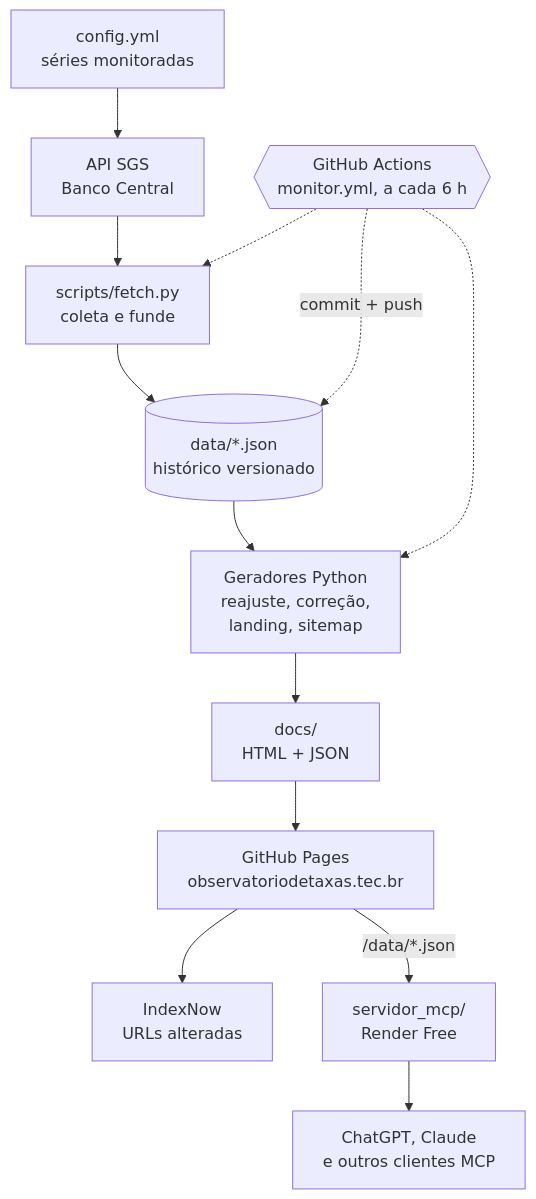
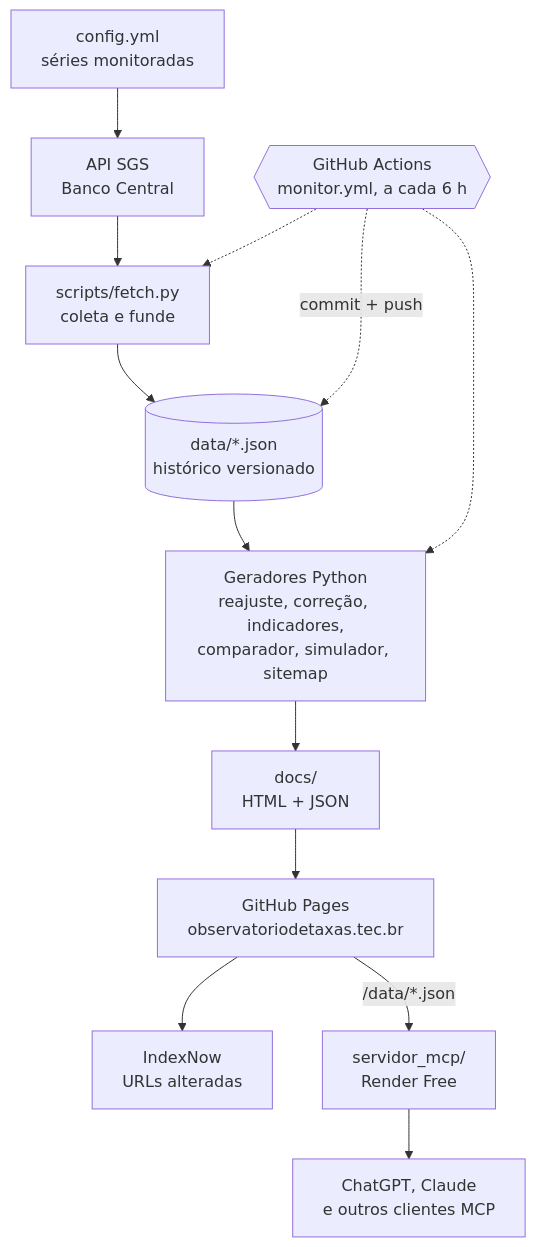
One commit to iosbilario/observatorio-taxas changed the diagram in README.md. Above: the diagram before and after it, drawn with Mermaid. The commit also changed other lines of this file, not shown here.

````diff
--- a/README.md
+++ b/README.md
@@ -104,15 +114,15 @@
 ```mermaid
 flowchart TD
   A["config.yml<br/>séries monitoradas"] --> B["API SGS<br/>Banco Central"]
   B --> C["scripts/fetch.py<br/>coleta e funde"]
   C --> D[("data/*.json<br/>histórico versionado")]
-  D --> E["Geradores Python<br/>reajuste, correção,<br/>landing, sitemap"]
+  D --> E["Geradores Python<br/>reajuste, correção, indicadores,<br/>comparador, simulador, sitemap"]
   E --> F["docs/<br/>HTML + JSON"]
   F --> G["GitHub Pages<br/>observatoriodetaxas.tec.br"]
   G --> H["IndexNow<br/>URLs alteradas"]
   G -- "/data/*.json" --> I["servidor_mcp/<br/>Render Free"]
   I --> J["ChatGPT, Claude<br/>e outros clientes MCP"]
   M{{"GitHub Actions<br/>monitor.yml, a cada 6 h"}} -.-> C
   M -.-> E
   M -. "commit + push" .-> D
 ```
````
